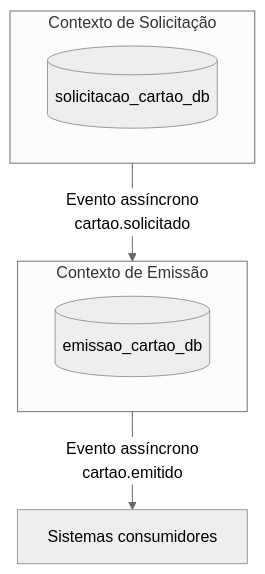
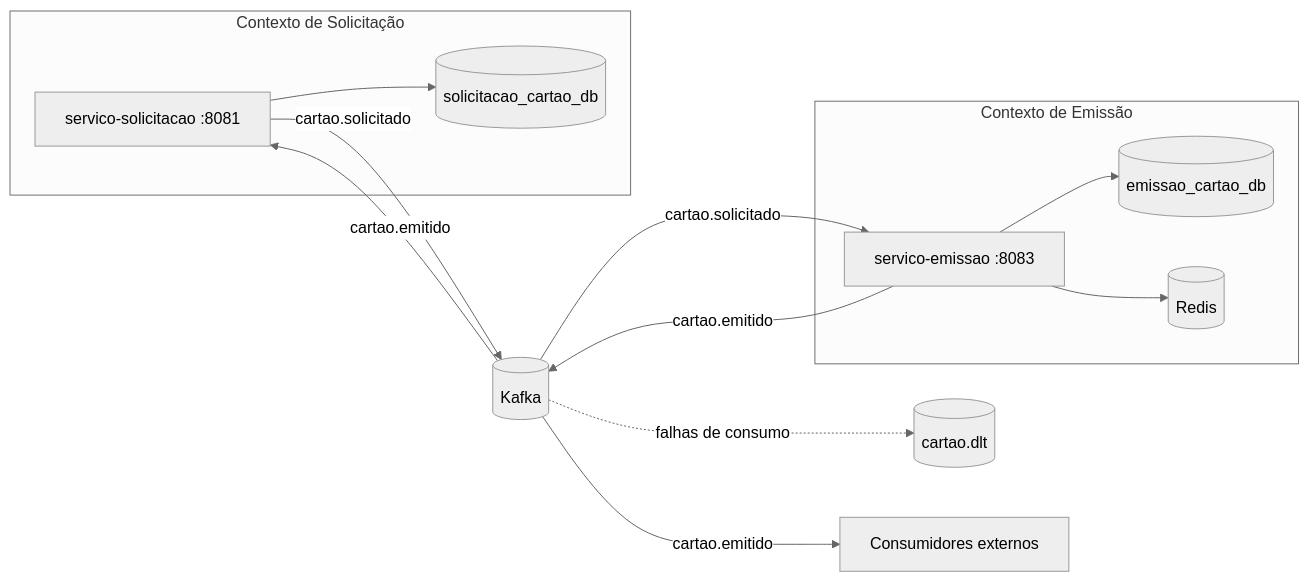
The second of 5 diagrams in projeto-final-contratacao-cartao.md (projeto-caixa-ada/gerador-cartao), drawn with Mermaid (neutral theme) before and after one commit. The commit also changed other lines of this file and 1 other file, not shown here.

Commit message:
docs: Update project documentation to reflect current implementation and clarify event flow for card issuance

````diff
--- a/projeto-final-contratacao-cartao.md
+++ b/projeto-final-contratacao-cartao.md
@@ -128,15 +165,27 @@
 ```mermaid
-flowchart TD
-    subgraph SOL[Contexto de Solicitação]
-        dbS[(solicitacao_cartao_db)]
+flowchart LR
+    subgraph SOL["Contexto de Solicitação"]
+        S["servico-solicitacao :8081"]
+        DB1[(solicitacao_cartao_db)]
+        S --> DB1
     end
 
-    subgraph EMI[Contexto de Emissão]
-        dbE[(emissao_cartao_db)]
+    subgraph EMI["Contexto de Emissão"]
+        E["servico-emissao :8083"]
+        DB2[(emissao_cartao_db)]
+        R[(Redis)]
+        E --> DB2
+        E --> R
     end
 
-    CONS[Sistemas consumidores]
+    K[(Kafka)]
+    DLT[(cartao.dlt)]
+    X[Consumidores externos]
 
-    SOL -- "Evento assíncrono<br/>cartao.solicitado" --> EMI
-    EMI -- "Evento assíncrono<br/>cartao.emitido" --> CONS
+    S -->|"cartao.solicitado"| K
+    K -->|"cartao.solicitado"| E
+    E -->|"cartao.emitido"| K
+    K -->|"cartao.emitido"| S
+    K -->|"cartao.emitido"| X
+    K -.->|"falhas de consumo"| DLT
 ```
````
